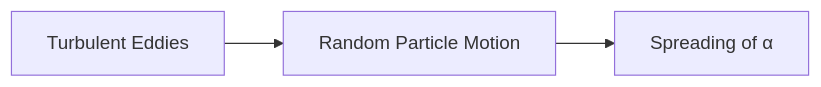
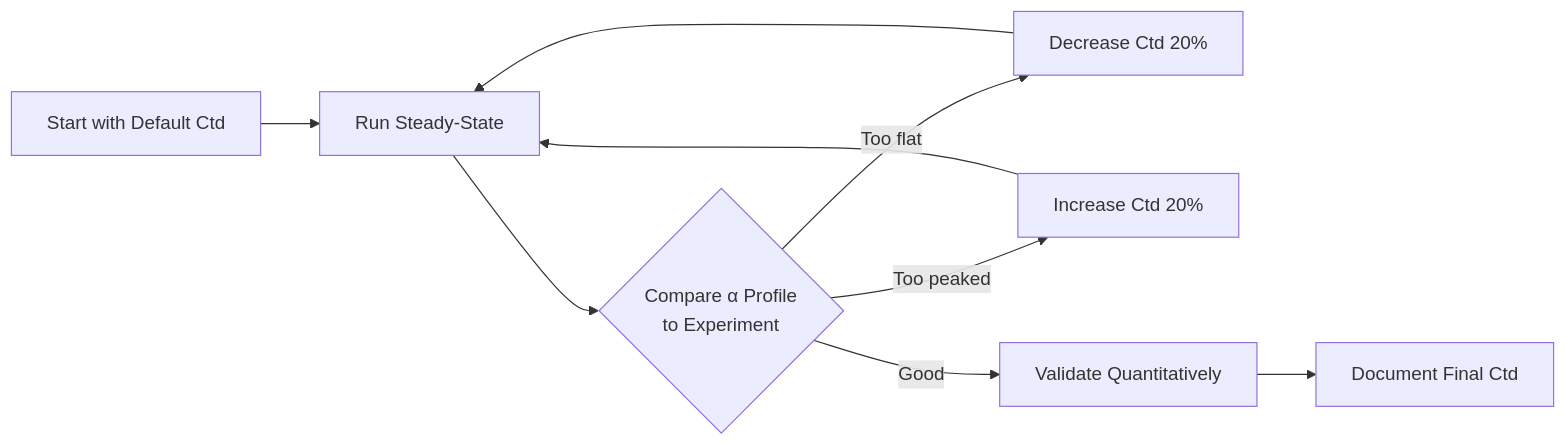
Before and after one commit to wramet/build-my-cfd: the third of 3 diagrams in MODULE_04_MULTIPHASE_FUNDAMENTALS/CONTENT/04_INTERPHASE_FORCES/04_TURBULENT_DISPERSION/02_Specific_Models.md, drawn with Mermaid. The commit also changed other lines of this file and 75 other files, not shown here.

````diff
--- a/MODULE_04_MULTIPHASE_FUNDAMENTALS/CONTENT/04_INTERPHASE_FORCES/04_TURBULENT_DISPERSION/02_Specific_Models.md
+++ b/MODULE_04_MULTIPHASE_FUNDAMENTALS/CONTENT/04_INTERPHASE_FORCES/04_TURBULENT_DISPERSION/02_Specific_Models.md
@@ -11,5 +290,11 @@
 ```mermaid
 flowchart LR
-    A[Turbulent Eddies] --> B[Random Particle Motion]
-    B --> C[Spreading of α]
+    A[Start with Default Ctd] --> B[Run Steady-State]
+    B --> C{Compare α Profile<br>to Experiment}
+    C -->|Too flat| D[Decrease Ctd 20%]
+    C -->|Too peaked| E[Increase Ctd 20%]
+    C -->|Good| F[Validate Quantitatively]
+    D --> B
+    E --> B
+    F --> G[Document Final Ctd]
 ```
````
